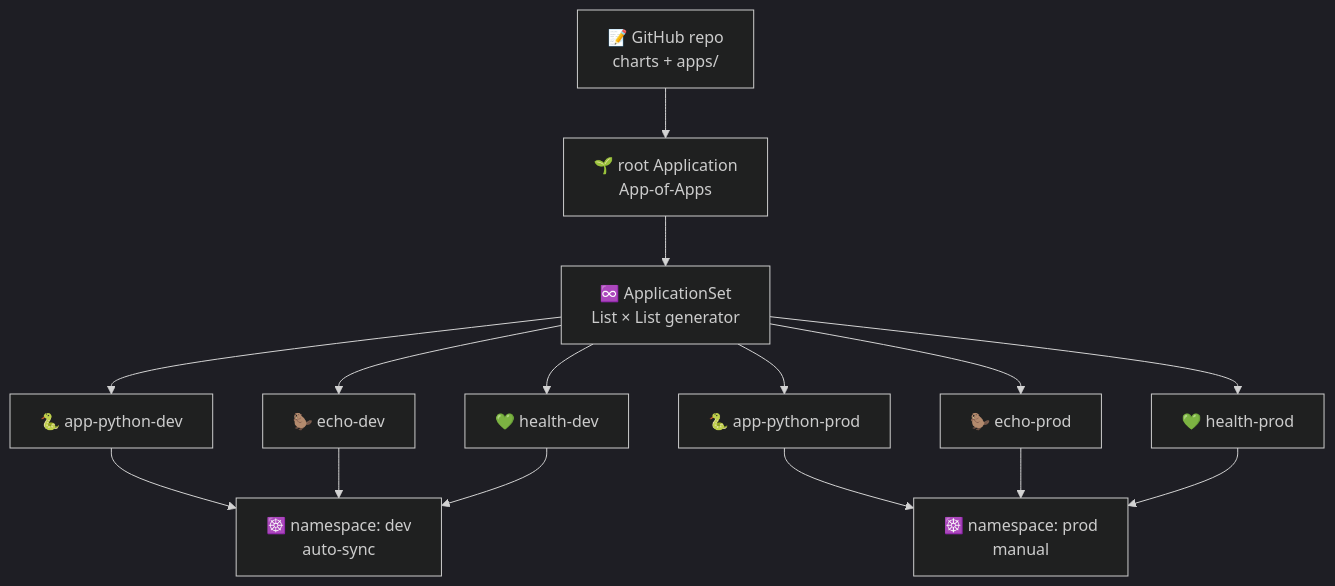
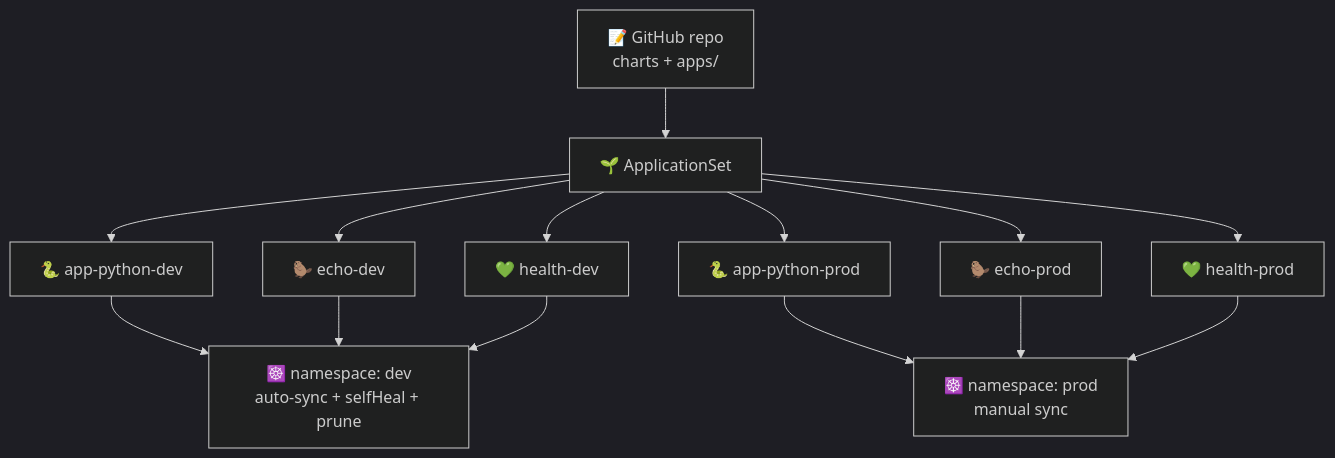
The diagram in labs/lab13.md (inno-devops-labs/DevOps-Core-Course), drawn with Mermaid (dark theme) before and after one commit. The commit also changed other lines of this file and 20 other files, not shown here.

````diff
--- a/labs/lab13.md
+++ b/labs/lab13.md
@@ -42,14 +60,13 @@
 ```mermaid
 flowchart TD
   Git[📝 GitHub repo<br/>charts + apps/]
-  Git --> Root[🌱 root Application<br/>App-of-Apps]
-  Root --> AS[♾️ ApplicationSet<br/>List × List generator]
-  AS --> AP_D[🐍 app-python-dev]
-  AS --> AG_D[🦫 echo-dev]
-  AS --> AH_D[💚 health-dev]
-  AS --> AP_P[🐍 app-python-prod]
-  AS --> AG_P[🦫 echo-prod]
-  AS --> AH_P[💚 health-prod]
-  AP_D & AG_D & AH_D --> NSdev[☸️ namespace: dev<br/>auto-sync]
-  AP_P & AG_P & AH_P --> NSprod[☸️ namespace: prod<br/>manual]
+  Git --> Root[🌱 ApplicationSet]
+  Root --> AP_D[🐍 app-python-dev]
+  Root --> AG_D[🦫 echo-dev]
+  Root --> AH_D[💚 health-dev]
+  Root --> AP_P[🐍 app-python-prod]
+  Root --> AG_P[🦫 echo-prod]
+  Root --> AH_P[💚 health-prod]
+  AP_D & AG_D & AH_D --> NSdev[☸️ namespace: dev<br/>auto-sync + selfHeal + prune]
+  AP_P & AG_P & AH_P --> NSprod[☸️ namespace: prod<br/>manual sync]
 ```
````
